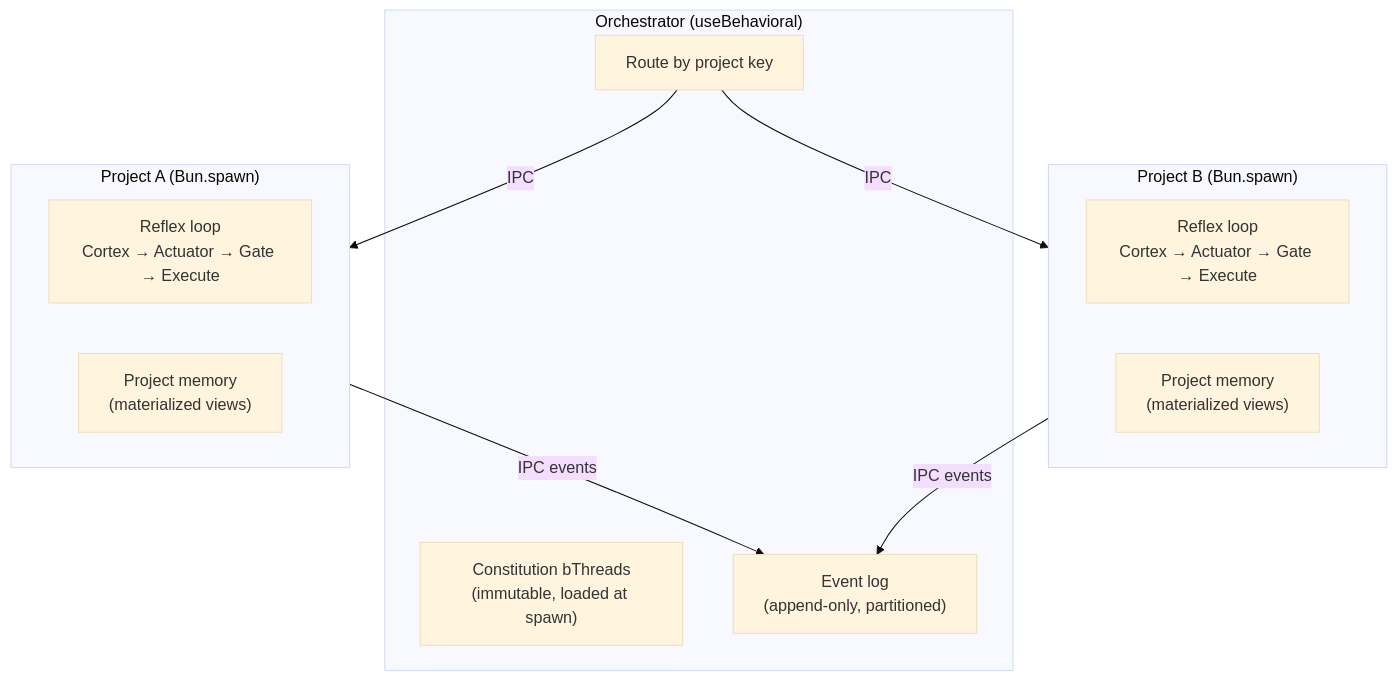
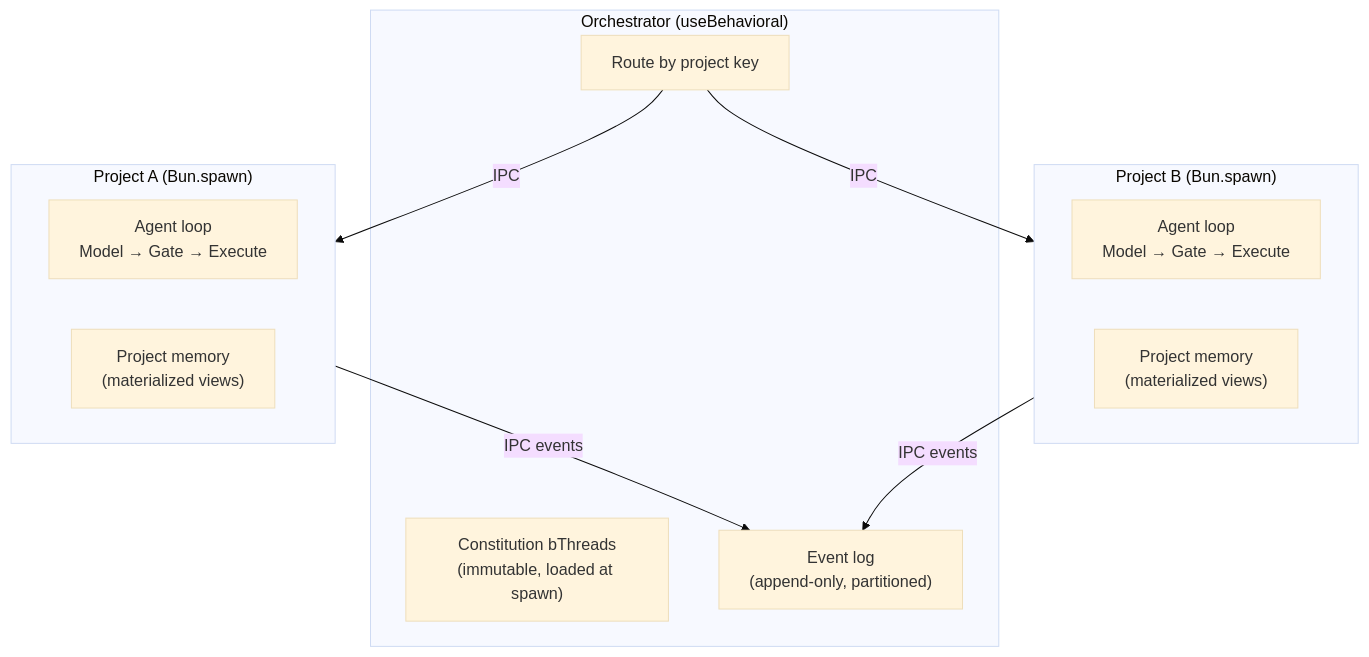
One commit to plaited/plaited changed the second of 3 diagrams in docs/SYSTEM-DESIGN-V3.md. Above: the diagram before and after it, drawn with Mermaid (base theme). The commit also changed other lines of this file, not shown here.

First line of the commit message:
docs(agent): drop Actuator, simplify to single-model neuro-symbolic architecture

````diff
--- a/docs/SYSTEM-DESIGN-V3.md
+++ b/docs/SYSTEM-DESIGN-V3.md
@@ -359,23 +380,23 @@
 ```mermaid
 graph TD
     subgraph Orchestrator["Orchestrator (useBehavioral)"]
         ROUTE["Route by project key"]
         CONST["Constitution bThreads<br/>(immutable, loaded at spawn)"]
         LOG["Event log<br/>(append-only, partitioned)"]
     end
 
     subgraph P1["Project A (Bun.spawn)"]
-        REF1["Reflex loop<br/>Cortex → Actuator → Gate → Execute"]
+        REF1["Agent loop<br/>Model → Gate → Execute"]
         MEM1["Project memory<br/>(materialized views)"]
     end
 
     subgraph P2["Project B (Bun.spawn)"]
-        REF2["Reflex loop<br/>Cortex → Actuator → Gate → Execute"]
+        REF2["Agent loop<br/>Model → Gate → Execute"]
         MEM2["Project memory<br/>(materialized views)"]
     end
 
     ROUTE -->|IPC| P1
     ROUTE -->|IPC| P2
     P1 -->|IPC events| LOG
     P2 -->|IPC events| LOG
 ```
````
